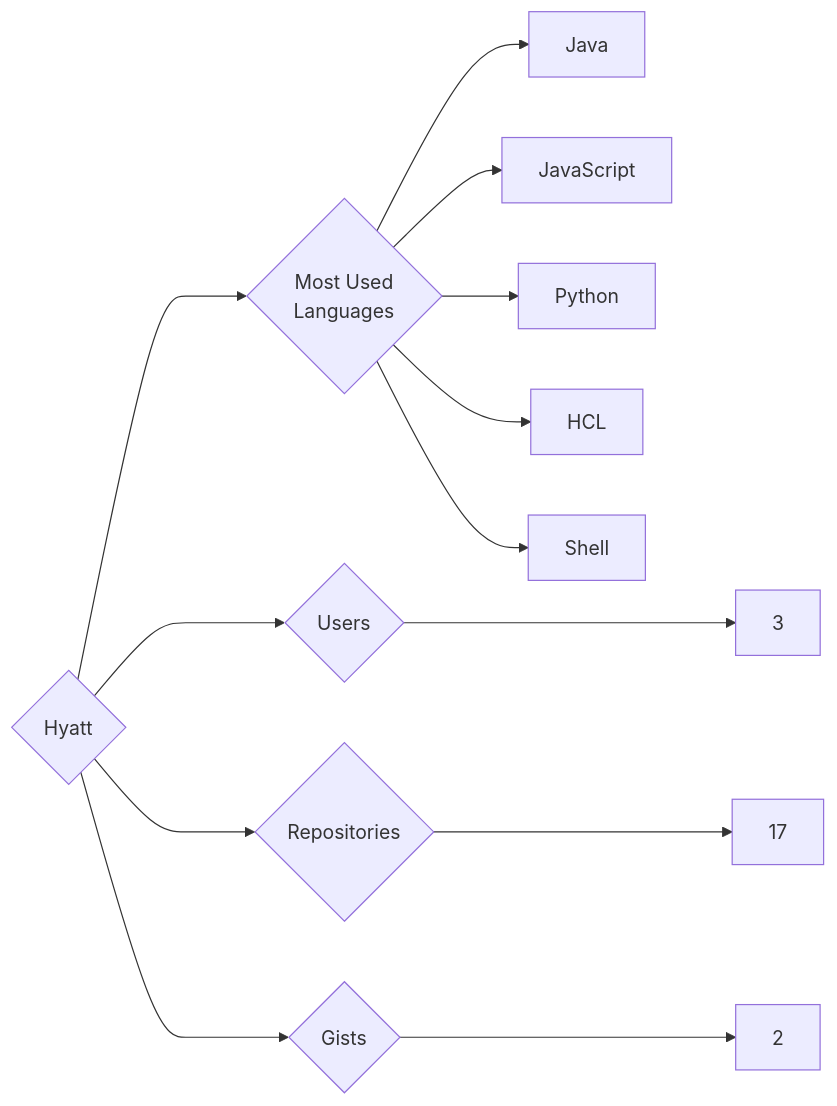
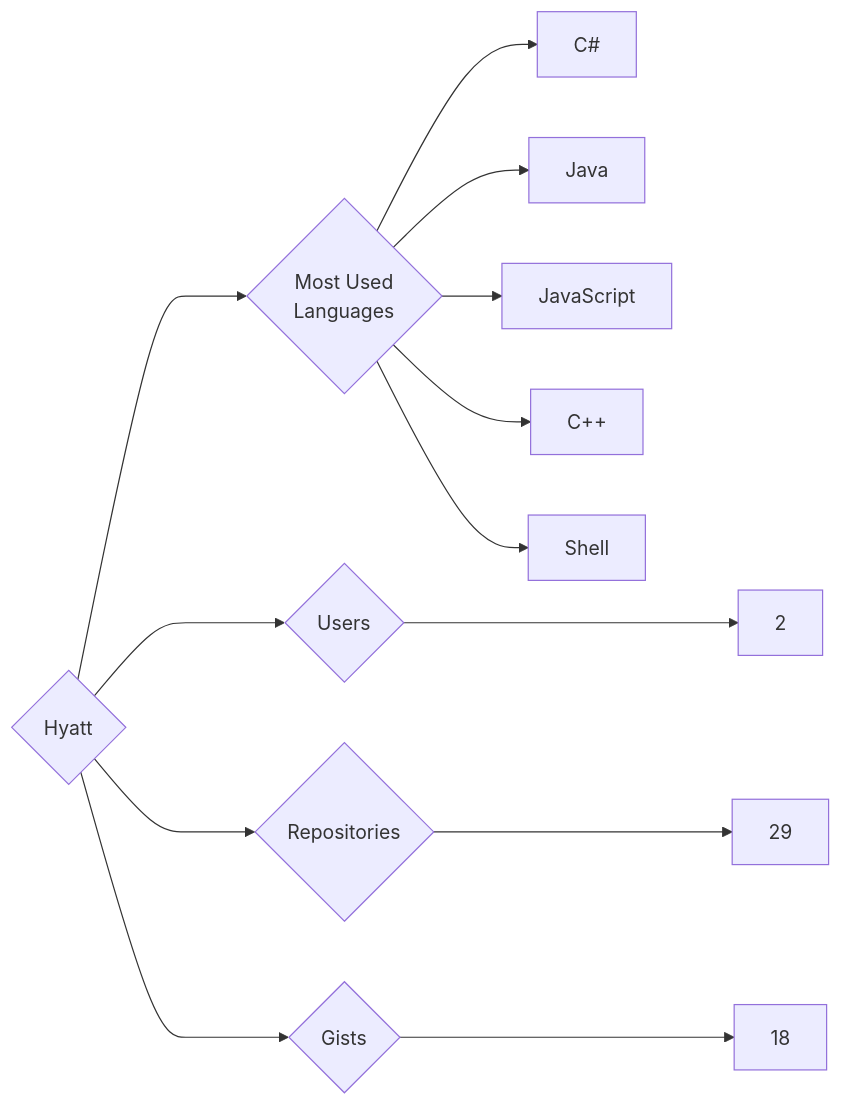
One commit to trickest/insiders changed the diagram in targets/Hyatt/README.md. Above: the diagram before and after it, drawn with Mermaid. The commit also changed 1055 other files, not shown here.

````diff
--- a/targets/Hyatt/README.md
+++ b/targets/Hyatt/README.md
@@ -3,13 +3,13 @@
 ```mermaid
 graph LR
 COMPANY_NAME{Hyatt}
-COMPANY_NAME ---> U{Users} ---> UN[3]
-COMPANY_NAME ---> R{Repositories} ---> RN[17]
-COMPANY_NAME ---> G{Gists} ---> GN[2]
+COMPANY_NAME ---> U{Users} ---> UN[2]
+COMPANY_NAME ---> R{Repositories} ---> RN[29]
+COMPANY_NAME ---> G{Gists} ---> GN[18]
 COMPANY_NAME ---> ML{Most Used<br>Languages}
+ML --> C#[C#]
 ML --> Java[Java]
 ML --> JavaScript[JavaScript]
-ML --> Python[Python]
-ML --> HCL[HCL]
+ML --> C++[C++]
 ML --> Shell[Shell]
 ```
````
